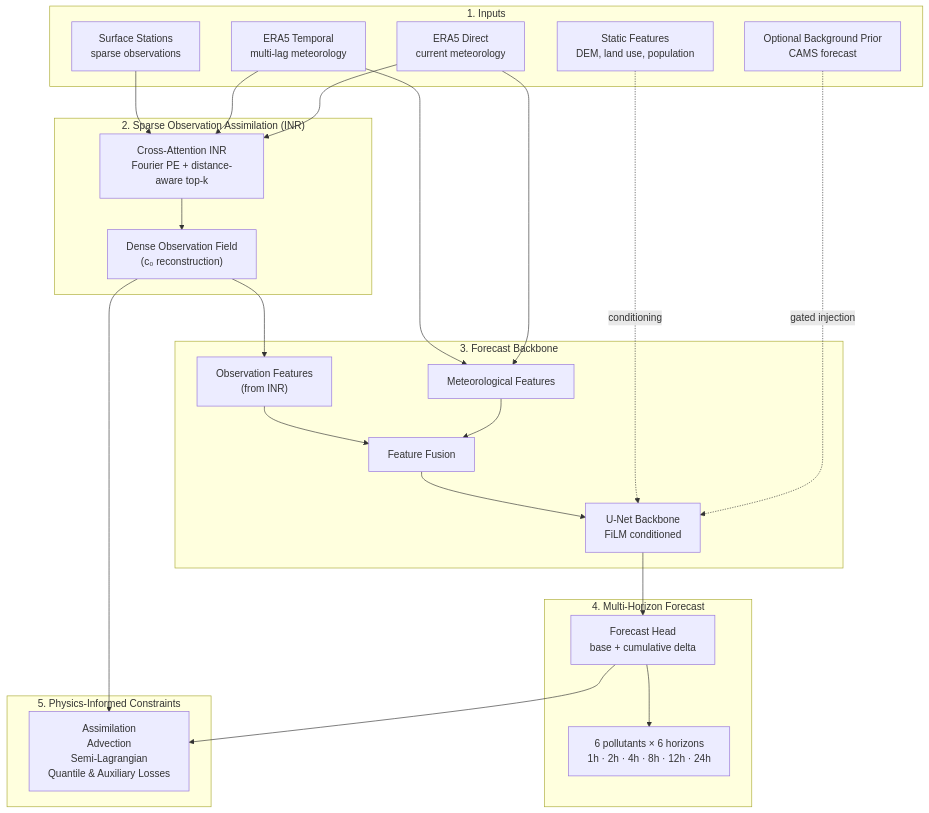
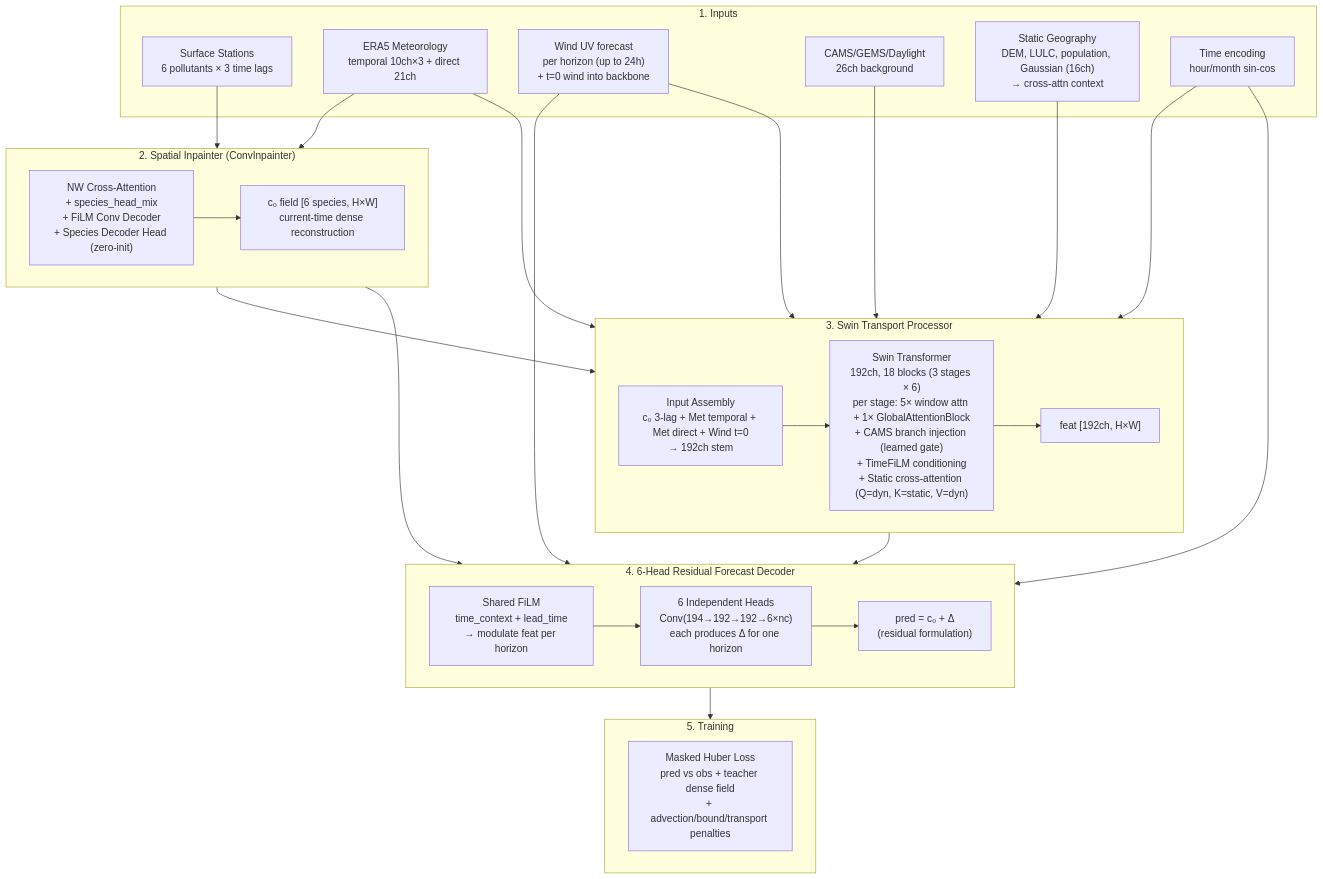
One commit to theMaker-EnvData/AQAIE changed the diagram in README.md. Above: the diagram before and after it, drawn with Mermaid. The commit also changed other lines of this file and 12 other files, not shown here.

````diff
--- a/README.md
+++ b/README.md
@@ -29,54 +29,48 @@
 ```mermaid
 flowchart TB
-
-  subgraph INPUTS["1. Inputs"]
-    STATIONS["Surface Stations<br/>sparse observations"]
-    ERA5_T["ERA5 Temporal<br/>multi-lag meteorology"]
-    ERA5_D["ERA5 Direct<br/>current meteorology"]
-    CAMS["Optional Background Prior<br/>CAMS forecast"]
-    STATIC["Static Features<br/>DEM, land use, population"]
+  subgraph Inputs["1. Inputs"]
+    STATIONS["Surface Stations<br/>6 pollutants × 3 time lags"]
+    ERA5["ERA5 Meteorology<br/>temporal 10ch×3 + direct 21ch"]
+    WIND["Wind UV forecast<br/>per horizon (up to 24h)<br/>+ t=0 wind into backbone"]
+    CAMS["CAMS/GEMS/Daylight<br/>26ch background"]
+    STATIC["Static Geography<br/>DEM, LULC, population, Gaussian (16ch)<br/>→ cross-attn context"]
+    TIME["Time encoding<br/>hour/month sin-cos"]
   end
 
-  subgraph ASSIM["2. Sparse Observation Assimilation (INR)"]
-    CROSS["Cross-Attention INR<br/>Fourier PE + distance-aware top-k"]
-    DENSE["Dense Observation Field<br/>(c₀ reconstruction)"]
-
-    STATIONS --> CROSS
-    ERA5_T --> CROSS
-    ERA5_D --> CROSS
-    CROSS --> DENSE
+  subgraph INPAINT["2. Spatial Inpainter (ConvInpainter)"]
+    direction LR
+    KINR["NW Cross-Attention<br/>+ species_head_mix<br/>+ FiLM Conv Decoder<br/>+ Species Decoder Head (zero-init)"]
+    C0["c₀ field [6 species, H×W]<br/>current-time dense reconstruction"]
+    KINR --> C0
   end
 
-  subgraph BACKBONE["3. Forecast Backbone"]
-    OBS["Observation Features<br/>(from INR)"]
-    MET["Meteorological Features"]
-    FUSION["Feature Fusion"]
-    UNET["U-Net Backbone<br/>FiLM conditioned"]
-
-    DENSE --> OBS
-    ERA5_T --> MET
-    ERA5_D --> MET
-
-    OBS --> FUSION
-    MET --> FUSION
-
-    FUSION --> UNET
-
-    STATIC -. conditioning .-> UNET
-    CAMS -. gated injection .-> UNET
+  subgraph PROC["3. Swin Transport Processor"]
+    direction LR
+    STEM["Input Assembly<br/>c₀ 3-lag + Met temporal + Met direct + Wind t=0<br/>→ 192ch stem"]
+    SWIN["Swin Transformer<br/>192ch, 18 blocks (3 stages × 6)<br/>per stage: 5× window attn + 1× GlobalAttentionBlock<br/>+ CAMS branch injection (learned gate)<br/>+ TimeFiLM conditioning<br/>+ Static cross-attention (Q=dyn, K=static, V=dyn)"]
+    FEAT["feat [192ch, H×W]"]
+    STEM --> SWIN --> FEAT
   end
 
-  subgraph OUTPUT["4. Multi-Horizon Forecast"]
-    HEAD["Forecast Head<br/>base + cumulative delta"]
-    PRED["6 pollutants × 6 horizons<br/>1h · 2h · 4h · 8h · 12h · 24h"]
-
-    UNET --> HEAD --> PRED
+  subgraph HEAD["4. 6-Head Residual Forecast Decoder"]
+    direction LR
+    FILM["Shared FiLM<br/>time_context + lead_time<br/>→ modulate feat per horizon"]
+    HEADS["6 Independent Heads<br/>Conv(194→192→192→6×nc)<br/>each produces Δ for one horizon"]
+    RES["pred = c₀ + Δ<br/>(residual formulation)"]
+    FILM --> HEADS --> RES
   end
 
-  subgraph REG["5. Physics-Informed Constraints"]
-    PHYS["Assimilation<br/>Advection<br/>Semi-Lagrangian<br/>Quantile & Auxiliary Losses"]
+  subgraph TRAIN["5. Training"]
+    LOSS["Masked Huber Loss<br/>pred vs obs + teacher dense field<br/>+ advection/bound/transport penalties"]
   end
 
-  DENSE --> PHYS
-  HEAD --> PHYS
+  STATIONS --> INPAINT
+  ERA5 --> INPAINT & PROC
+  WIND --> HEAD & PROC
+  CAMS --> PROC
+  STATIC --> PROC
+  TIME --> PROC & HEAD
+  INPAINT --> PROC & HEAD
+  PROC --> HEAD
+  HEAD --> TRAIN
 ```
````
